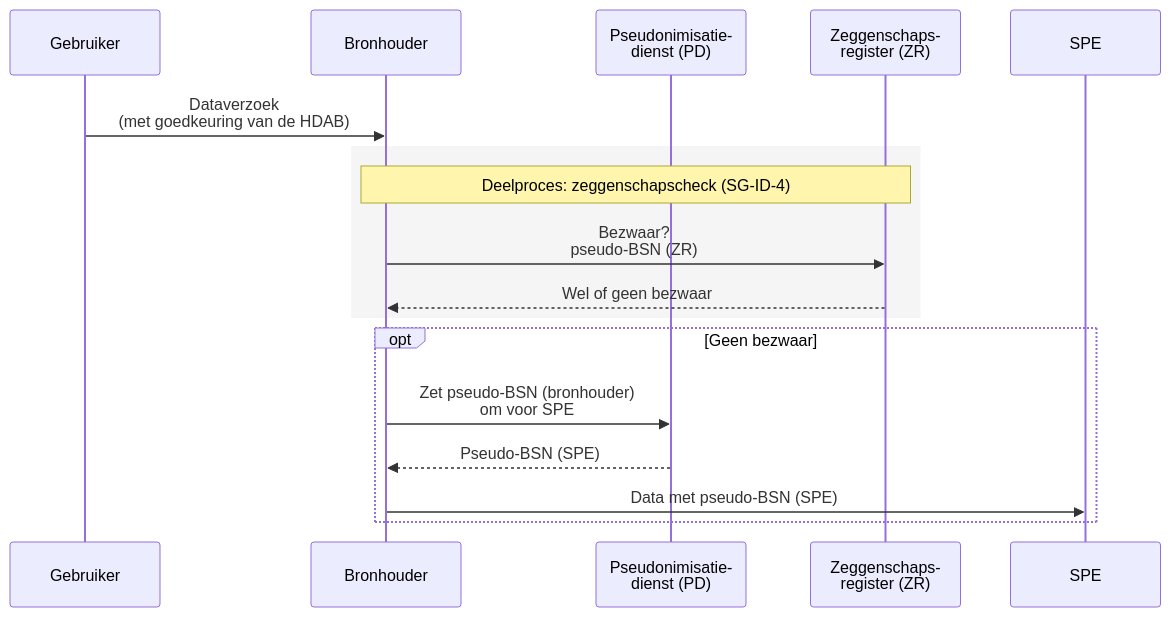
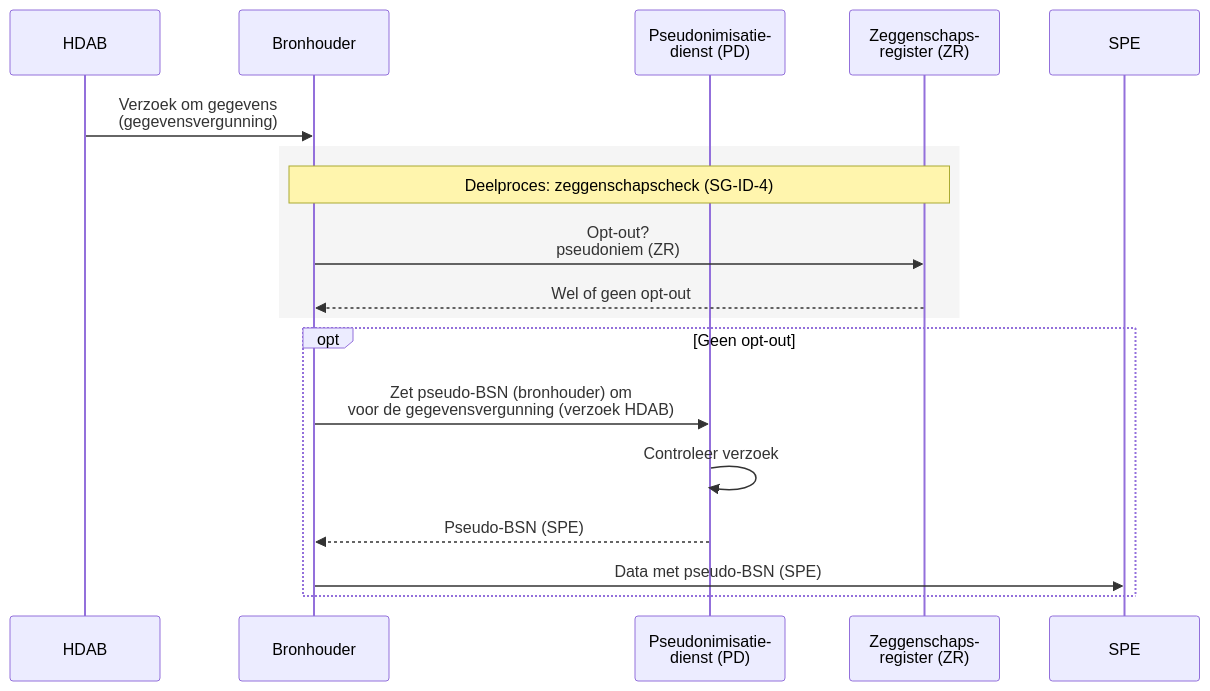
Before and after one commit to minvws/generiekefuncties-docs: the ninth of 9 diagrams in input/pagecontent/identification-sg.md, drawn with Mermaid. The commit also changed other lines of this file and 2 other files, not shown here.

Commit message:
na review, met samenvatting

````diff
--- a/input/pagecontent/identification-sg.md
+++ b/input/pagecontent/identification-sg.md
@@ -385,20 +362,21 @@
 ```mermaid
 sequenceDiagram
-    participant gebruiker as Gebruiker
+    participant hdab as HDAB
     participant bronhouder as Bronhouder
     participant pd as Pseudonimisatie-<br/>dienst (PD)
     participant zr as Zeggenschaps-<br/>register (ZR)
     participant spe as SPE
 
-    gebruiker->>bronhouder: Dataverzoek<br/>(met goedkeuring van de HDAB)
+    hdab->>bronhouder: Verzoek om gegevens<br/>(gegevensvergunning)
     rect rgb(245,245,245)
         note over bronhouder,zr: Deelproces: zeggenschapscheck (SG-ID-4)
-        bronhouder->>zr: Bezwaar?<br/>pseudo-BSN (ZR)
-        zr-->>bronhouder: Wel of geen bezwaar
+        bronhouder->>zr: Opt-out?<br/>pseudoniem (ZR)
+        zr-->>bronhouder: Wel of geen opt-out
     end
-    opt Geen bezwaar
-        bronhouder->>pd: Zet pseudo-BSN (bronhouder)<br/>om voor SPE
+    opt Geen opt-out
+        bronhouder->>pd: Zet pseudo-BSN (bronhouder) om<br/>voor de gegevensvergunning (verzoek HDAB)
+        pd->>pd: Controleer verzoek
         pd-->>bronhouder: Pseudo-BSN (SPE)
         bronhouder->>spe: Data met pseudo-BSN (SPE)
     end
 ```
````
